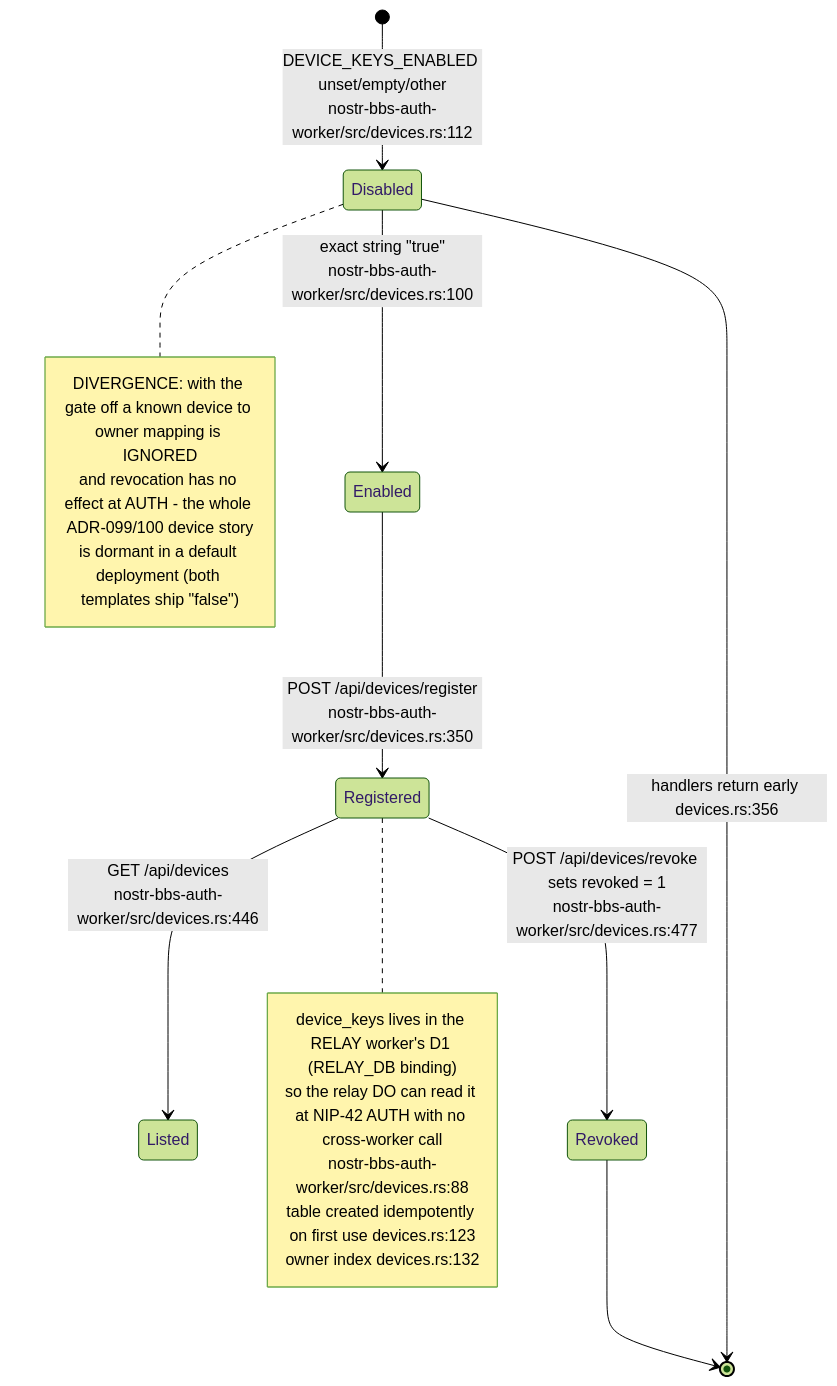
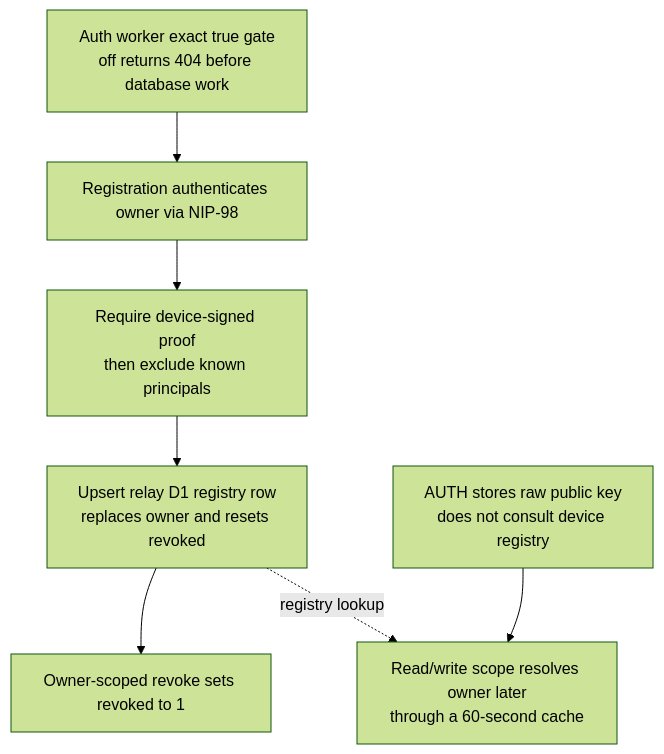
One commit to DreamLab-AI/VisionFlow changed the seventh of 9 diagrams in docs/diagrams/nostr-rust-forum/02-auth-worker-passkey-nip98-and-membership.md. Above: the diagram before and after it, drawn with Mermaid (forest theme). The commit also changed other lines of this file and 64 other files, not shown here.

Commit message:
docs(audit): review device-key contracts and revocation boundaries

````diff
--- a/docs/diagrams/nostr-rust-forum/02-auth-worker-passkey-nip98-and-membership.md
+++ b/docs/diagrams/nostr-rust-forum/02-auth-worker-passkey-nip98-and-membership.md
@@ -222,23 +223,20 @@
 ```mermaid
-stateDiagram-v2
-    [*] --> Disabled: DEVICE_KEYS_ENABLED unset/empty/other<br/>nostr-bbs-auth-worker/src/devices.rs:112
-    Disabled --> Enabled: exact string "true"<br/>nostr-bbs-auth-worker/src/devices.rs:100
-    Enabled --> Registered: POST /api/devices/register<br/>nostr-bbs-auth-worker/src/devices.rs:350
-    Registered --> Listed: GET /api/devices<br/>nostr-bbs-auth-worker/src/devices.rs:446
-    Registered --> Revoked: POST /api/devices/revoke sets revoked = 1<br/>nostr-bbs-auth-worker/src/devices.rs:477
-    Revoked --> [*]
-    Disabled --> [*]: handlers return early devices.rs:356
-
-    note right of Registered
-        device_keys lives in the RELAY worker's D1 (RELAY_DB binding)
-        so the relay DO can read it at NIP-42 AUTH with no cross-worker call
-        nostr-bbs-auth-worker/src/devices.rs:88
-        table created idempotently on first use devices.rs:123
-        owner index devices.rs:132
-    end note
-    note right of Disabled
-        DIVERGENCE: with the gate off a known device to owner mapping is IGNORED
-        and revocation has no effect at AUTH - the whole ADR-099/100 device story
-        is dormant in a default deployment (both templates ship "false")
-    end note
+flowchart TB
+    %% Source: ../nostr-rust-forum/crates/nostr-bbs-auth-worker/src/devices.rs:100
+    A["Auth worker exact true gate<br/>off returns 404 before database work"]
+    %% Source: ../nostr-rust-forum/crates/nostr-bbs-auth-worker/src/devices.rs:361
+    B["Registration authenticates owner via NIP-98"]
+    %% Source: ../nostr-rust-forum/crates/nostr-bbs-auth-worker/src/devices.rs:383
+    C["Require device-signed proof<br/>then exclude known principals"]
+    %% Source: ../nostr-rust-forum/crates/nostr-bbs-auth-worker/src/devices.rs:414
+    D["Upsert relay D1 registry row<br/>replaces owner and resets revoked"]
+    %% Source: ../nostr-rust-forum/crates/nostr-bbs-auth-worker/src/devices.rs:511
+    E["Owner-scoped revoke sets revoked to 1"]
+    %% Source: ../nostr-rust-forum/crates/nostr-bbs-relay-worker/src/relay_do/nip_handlers.rs:2069
+    F["AUTH stores raw public key<br/>does not consult device registry"]
+    %% Source: ../nostr-rust-forum/crates/nostr-bbs-relay-worker/src/relay_do/nip_handlers.rs:2614
+    G["Read/write scope resolves owner later<br/>through a 60-second cache"]
+    A --> B --> C --> D --> E
+    F --> G
+    D -. registry lookup .-> G
 ```
````
